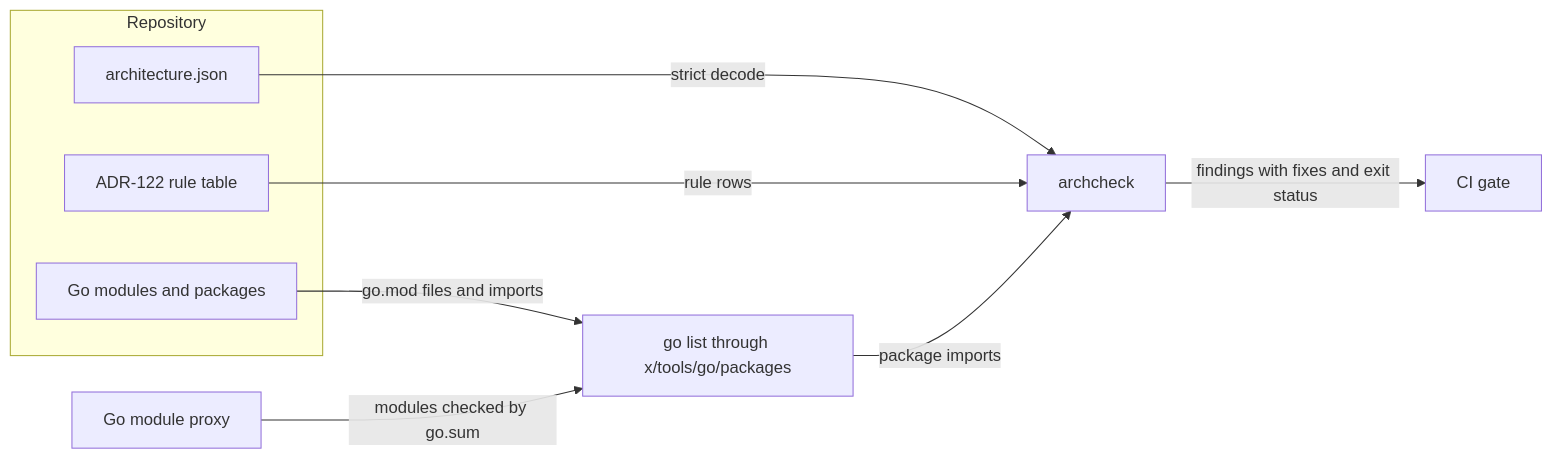
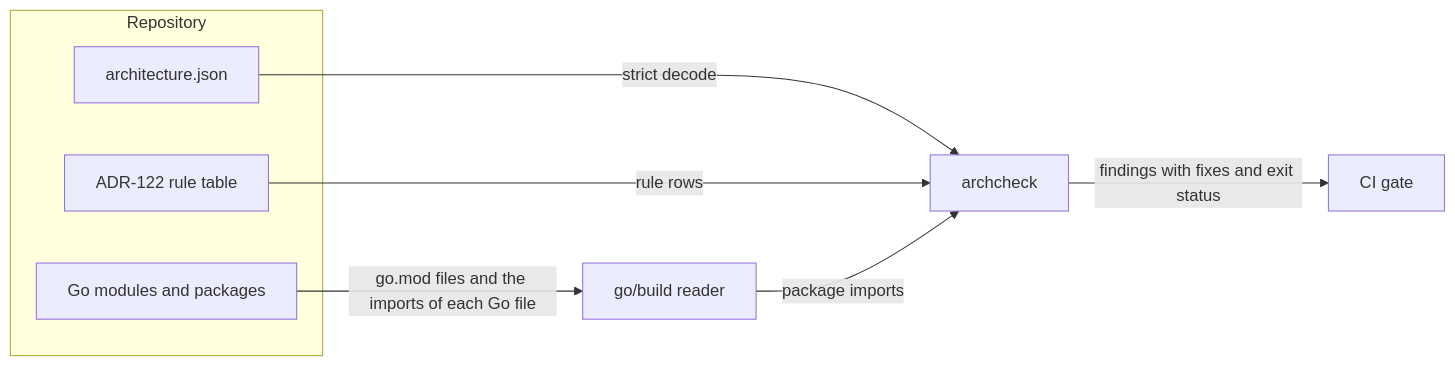
One commit to OpenRAE/rae changed the diagram in docs/decisions/issue-1775-go-architecture-model-design.md. Above: the diagram before and after it, drawn with Mermaid. The commit also changed other lines of this file and 6 other files, not shown here.

First line of the commit message:
fix: check the code of each platform and build tag against the model

````diff
--- a/docs/decisions/issue-1775-go-architecture-model-design.md
+++ b/docs/decisions/issue-1775-go-architecture-model-design.md
@@ -42,14 +41,13 @@
 ```mermaid
 flowchart LR
     subgraph Repository
         Model[architecture.json]
         ADR[ADR-122 rule table]
         Code[Go modules and packages]
     end
-    Proxy[Go module proxy] -->|modules checked by go.sum| List[go list through x/tools/go/packages]
-    Code -->|go.mod files and imports| List
+    Code -->|go.mod files and the imports of each Go file| List[go/build reader]
     Model -->|strict decode| Check[archcheck]
     ADR -->|rule rows| Check
     List -->|package imports| Check
     Check -->|findings with fixes and exit status| Gate[CI gate]
 ```
````
